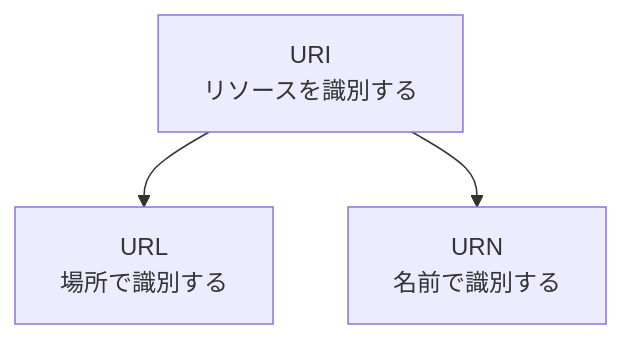
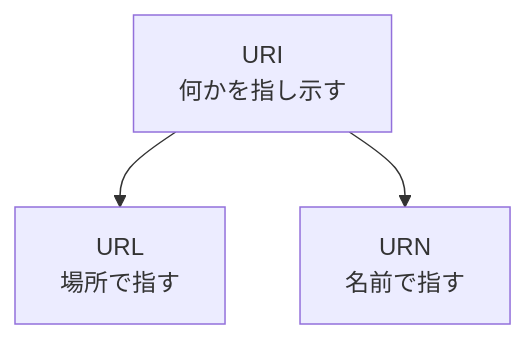
One commit to Appricot144/teaching-material changed the diagram in servlet/01-web-basics/appendix-b-uri.md. Above: the diagram before and after it, drawn with Mermaid. The commit also changed other lines of this file and 5 other files, not shown here.

````diff
--- a/servlet/01-web-basics/appendix-b-uri.md
+++ b/servlet/01-web-basics/appendix-b-uri.md
@@ -9,6 +16,6 @@
 ```mermaid
 flowchart TB
-    URI["URI<br/>リソースを識別する"]
-    URI --> URL["URL<br/>場所で識別する"]
-    URI --> URN["URN<br/>名前で識別する"]
+    URI["URI<br/>何かを指し示す"]
+    URI --> URL["URL<br/>場所で指す"]
+    URI --> URN["URN<br/>名前で指す"]
 ```
````
